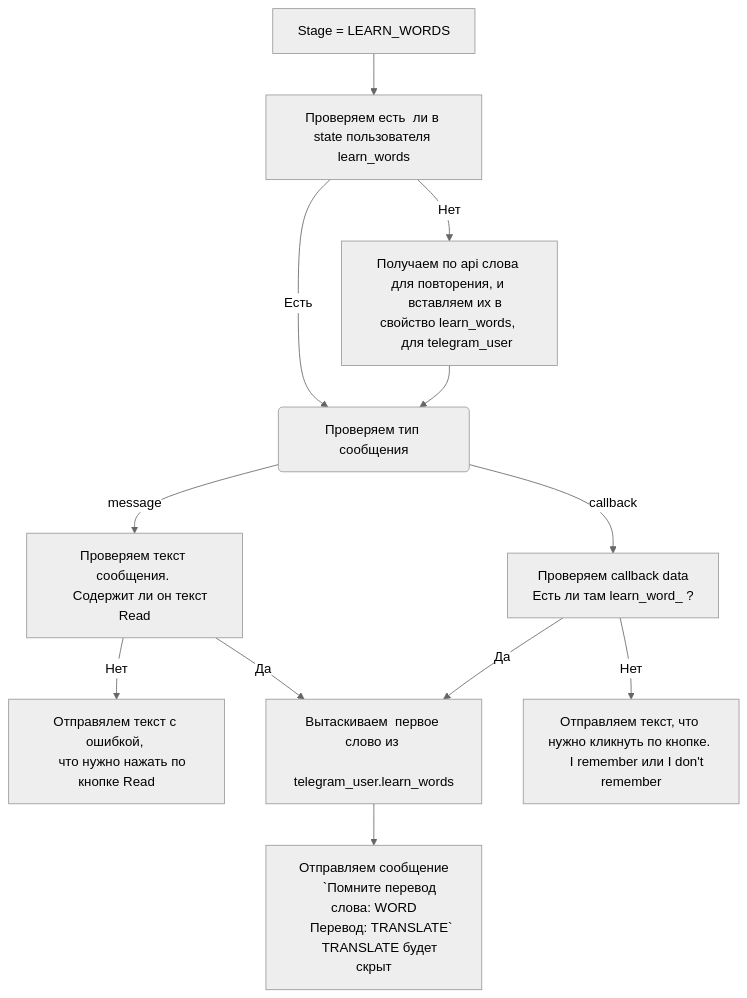
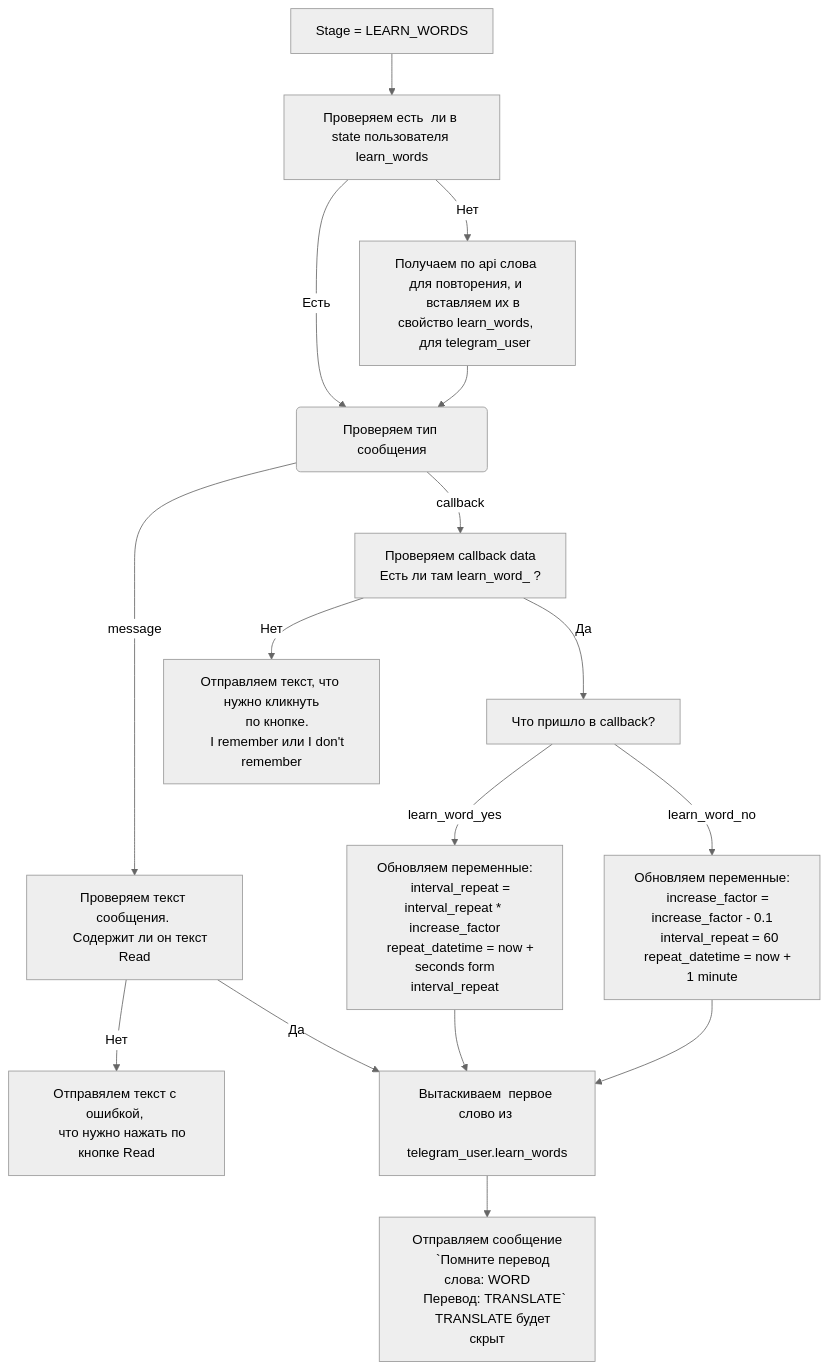
One commit to psgaiduk/learning_en_telegram_bot changed the diagram in documentation/leran_words.md. Above: the diagram before and after it, drawn with Mermaid (neutral theme).

Commit message:
docs(documentation): add check_callback_answer to LEARN_WORDS

````diff
--- a/documentation/leran_words.md
+++ b/documentation/leran_words.md
@@ -1,26 +1,36 @@
 ```mermaid
 graph TD;
     start[Stage = LEARN_WORDS] --> check_state_words[Проверяем есть  ли в state пользователя learn_words];
     check_state_words-->|Нет| dont_have_words[
     Получаем по api слова для повторения, и 
     вставляем их в свойство learn_words, 
     для telegram_user
     ]
     check_state_words --> |Есть| check_type_message(Проверяем тип сообщения)
     dont_have_words --> check_type_message
     check_type_message --> |message| check_test_message[Проверяем текст сообщения. 
     Содержит ли он текст Read]
     check_type_message --> |callback| check_callback_data[Проверяем callback data
     Есть ли там learn_word_ ?]
     check_test_message --> |Нет| wrong_text_message[Отправялем текст с ошибкой, 
     что нужно нажать по кнопке Read]
     check_test_message --> |Да| get_first_word[Вытаскиваем  первое слово из 
     telegram_user.learn_words]
-    check_callback_data --> |Да| get_first_word
-    check_callback_data --> |Нет| wrong_callback_data[Отправляем текст, что нужно кликнуть по кнопке. 
+    check_callback_data --> |Да| check_callback_answer[Что пришло в callback?]
+    check_callback_answer --> |learn_word_yes| remember_word[Обновляем переменные:
+    interval_repeat = interval_repeat * increase_factor
+    repeat_datetime = now +  seconds form interval_repeat]
+    check_callback_answer --> |learn_word_no| dont_remember_word[Обновляем переменные:
+    increase_factor = increase_factor - 0.1
+    interval_repeat = 60
+    repeat_datetime = now + 1 minute]
+    remember_word --> get_first_word
+    dont_remember_word --> get_first_word 
+    check_callback_data --> |Нет| wrong_callback_data[Отправляем текст, что нужно кликнуть
+    по кнопке. 
     I remember или I don't remember]
     get_first_word --> send_message[Отправляем сообщение
     `Помните перевод слова: WORD
     Перевод: TRANSLATE`
     TRANSLATE будет скрыт]
 ```
````
